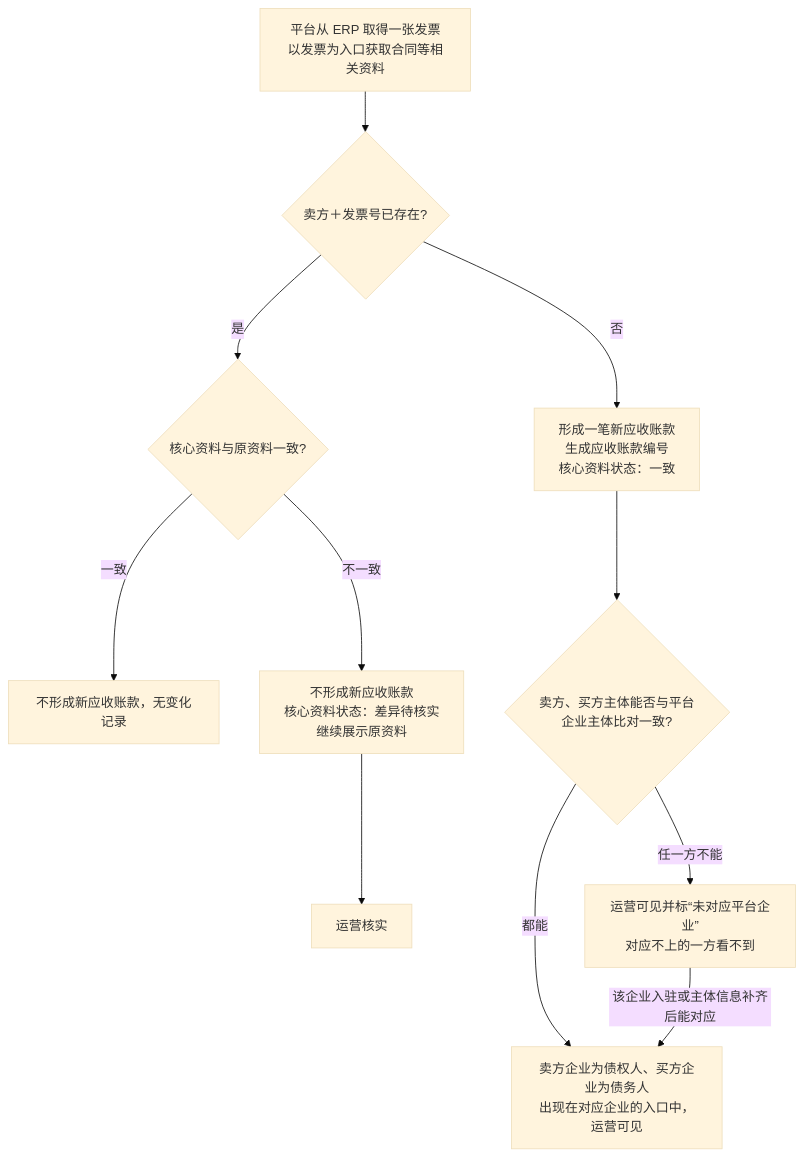
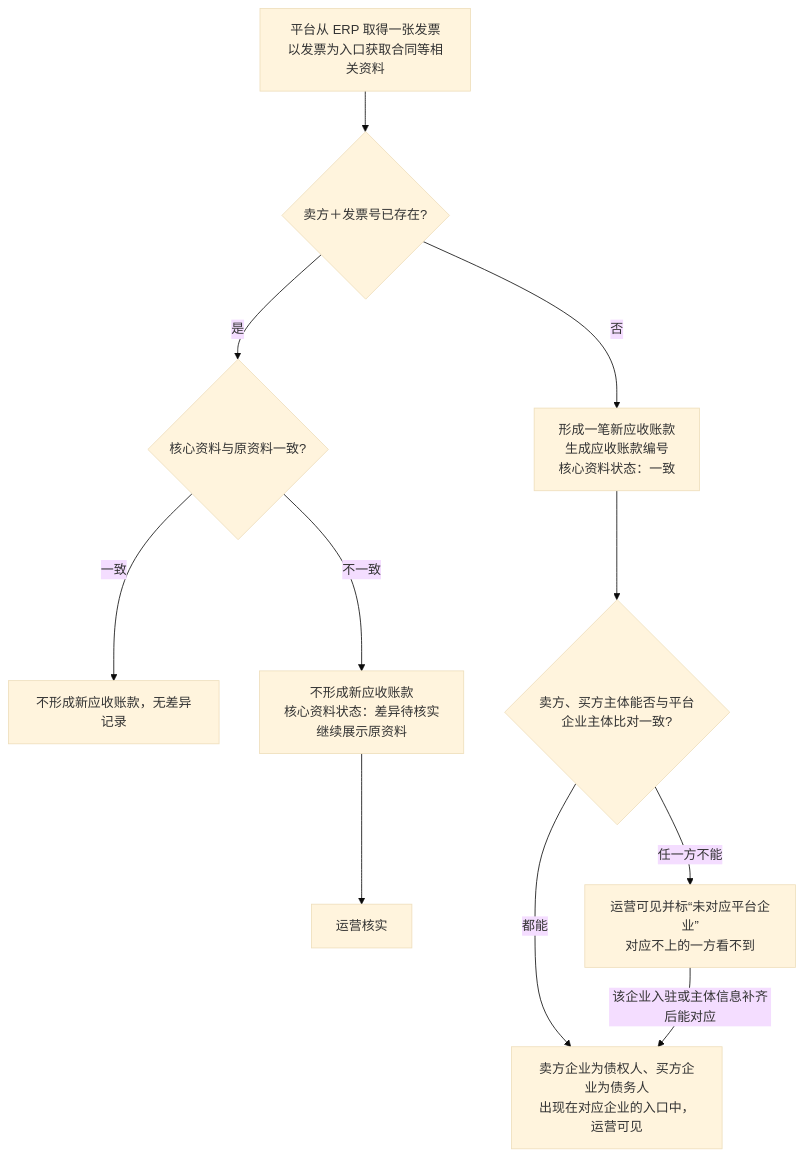
The first of 5 diagrams in asset-trust-platform/PRD/两端共用/M3-应收账款与发票/02-应收账款与发票-流程图与状态机.md (wxblockchain/Chain-Financing), drawn with Mermaid (base theme) before and after one commit. The commit also changed other lines of this file and 15 other files, not shown here.

````diff
--- a/asset-trust-platform/PRD/两端共用/M3-应收账款与发票/02-应收账款与发票-流程图与状态机.md
+++ b/asset-trust-platform/PRD/两端共用/M3-应收账款与发票/02-应收账款与发票-流程图与状态机.md
@@ -18,13 +18,13 @@
 ```mermaid
 flowchart TD
     A[平台从 ERP 取得一张发票<br/>以发票为入口获取合同等相关资料] --> C{卖方＋发票号已存在?}
     C -->|否| D[形成一笔新应收账款<br/>生成应收账款编号<br/>核心资料状态：一致]
     C -->|是| F{核心资料与原资料一致?}
-    F -->|一致| G[不形成新应收账款，无变化记录]
+    F -->|一致| G[不形成新应收账款，无差异记录]
     F -->|不一致| E[不形成新应收账款<br/>核心资料状态：差异待核实<br/>继续展示原资料]
     E --> E1[运营核实]
     D --> H{卖方、买方主体能否与平台企业主体比对一致?}
     H -->|都能| I[卖方企业为债权人、买方企业为债务人<br/>出现在对应企业的入口中，运营可见]
     H -->|任一方不能| J[运营可见并标“未对应平台企业”<br/>对应不上的一方看不到]
     J -->|该企业入驻或主体信息补齐后能对应| I
 ```
````
